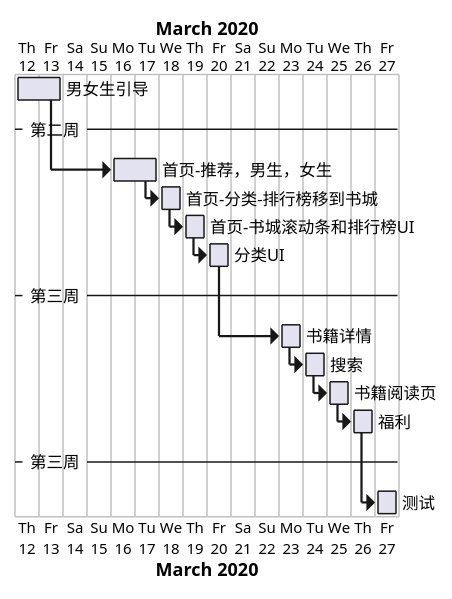
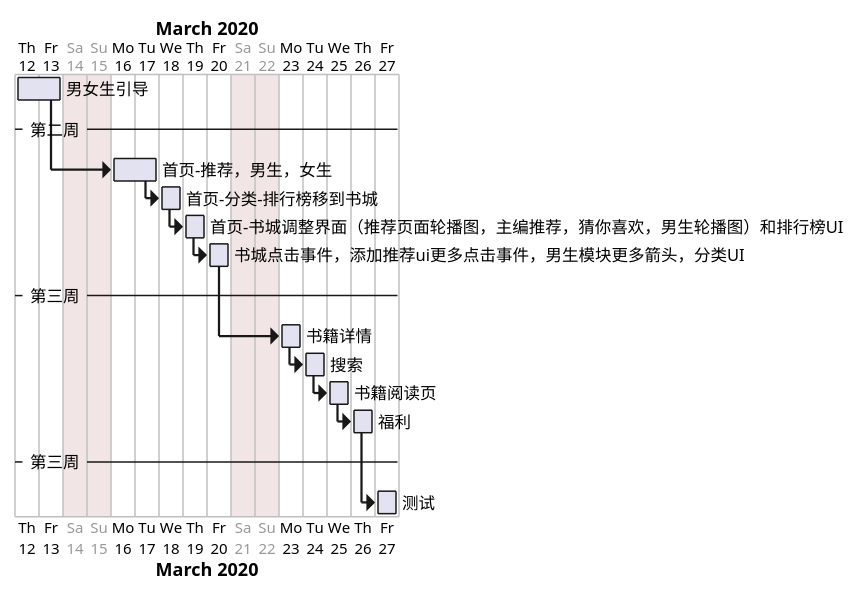
One commit to rickgit/rickgit.github.io changed the diagram in 分享内容/猎鹰小说排期2020-03-19.plantuml. Above: the diagram before and after it, drawn with PlantUML. The commit also changed 6 other files, not shown here.

```diff
--- a/分享内容/猎鹰小说排期2020-03-19.plantuml
+++ b/分享内容/猎鹰小说排期2020-03-19.plantuml
@@ -1,20 +1,21 @@
 @startgantt
 ' printscale weekly
-
+saturday are closed
+sunday are closed
 Project starts the 2020/03/12
 [男女生引导] lasts 2 days
 -- 第二周 --
 then [首页-推荐，男生，女生]   starts  2020/03/16 
 [首页-推荐，男生，女生] lasts 2 days
 then [首页-分类-排行榜移到书城] starts  2020/03/18
-then [首页-书城滚动条和排行榜UI] starts  2020/03/19
-then [分类UI] starts  2020/03/20
+then [首页-书城调整界面（推荐页面轮播图，主编推荐，猜你喜欢，男生轮播图）和排行榜UI] starts  2020/03/19
+then [书城点击事件，添加推荐ui更多点击事件，男生模块更多箭头，分类UI] starts  2020/03/20
 -- 第三周 --
 then [书籍详情] starts  2020/03/23
 then [搜索] starts  2020/03/24
 then [书籍阅读页] starts  2020/03/25
 then [福利] starts  2020/03/26
 -- 第三周 --
 then [测试] lasts 1 days
 
 @endgantt
```
